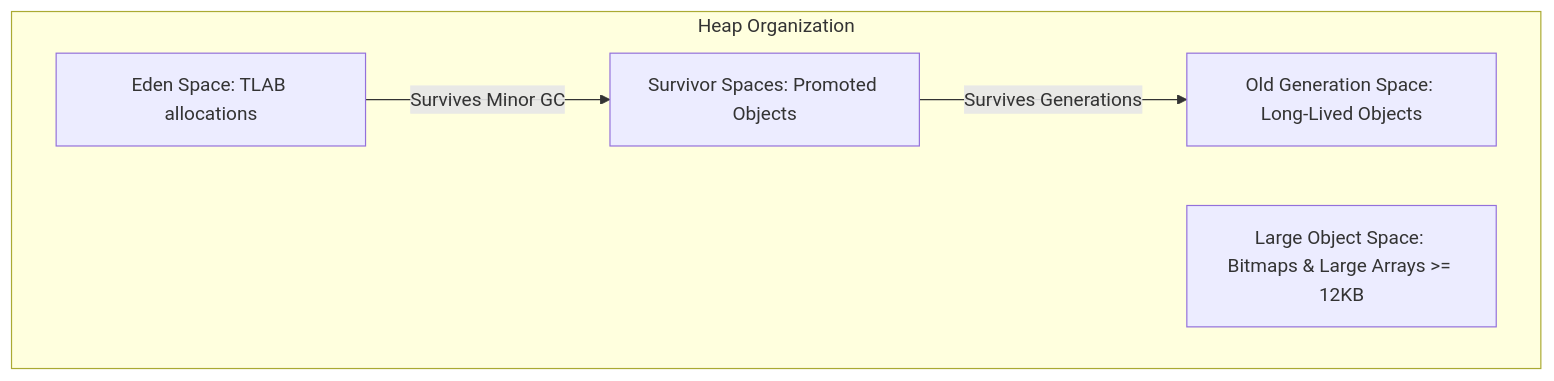
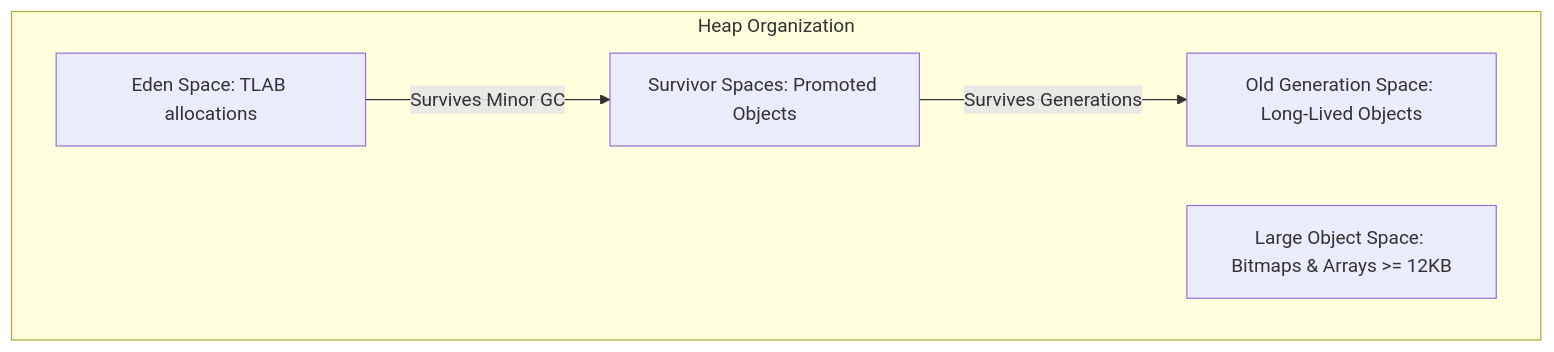
The fourth of 4 diagrams in engineering/growth-and-internals/04_Android_Binder_IPC_and_ART_Internals.md (vennamprasad/awesome-mobile-interviews), drawn with Mermaid before and after one commit. The commit also changed other lines of this file and 7 other files, not shown here.

Commit message:
fix(growth-and-internals): resolve Mermaid diagram syntax and quoting for GitHub rich display

````diff
--- a/engineering/growth-and-internals/04_Android_Binder_IPC_and_ART_Internals.md
+++ b/engineering/growth-and-internals/04_Android_Binder_IPC_and_ART_Internals.md
@@ -136,12 +136,12 @@
 ```mermaid
 graph TD
-    subgraph Heap Organization
-        Eden[Eden Space: TLAB allocations]
-        Survivor[Survivor Spaces: Promoted Objects]
-        OldGen[Old Generation Space: Long-Lived Objects]
-        LargeObj[Large Object Space: Bitmaps & Large Arrays >= 12KB]
+    subgraph "Heap Organization"
+        Eden["Eden Space: TLAB allocations"]
+        Survivor["Survivor Spaces: Promoted Objects"]
+        OldGen["Old Generation Space: Long-Lived Objects"]
+        LargeObj["Large Object Space: Bitmaps & Arrays >= 12KB"]
     end
 
-    Eden -->|Survives Minor GC| Survivor
-    Survivor -->|Survives Generations| OldGen
+    Eden -->|"Survives Minor GC"| Survivor
+    Survivor -->|"Survives Generations"| OldGen
 ```
````
